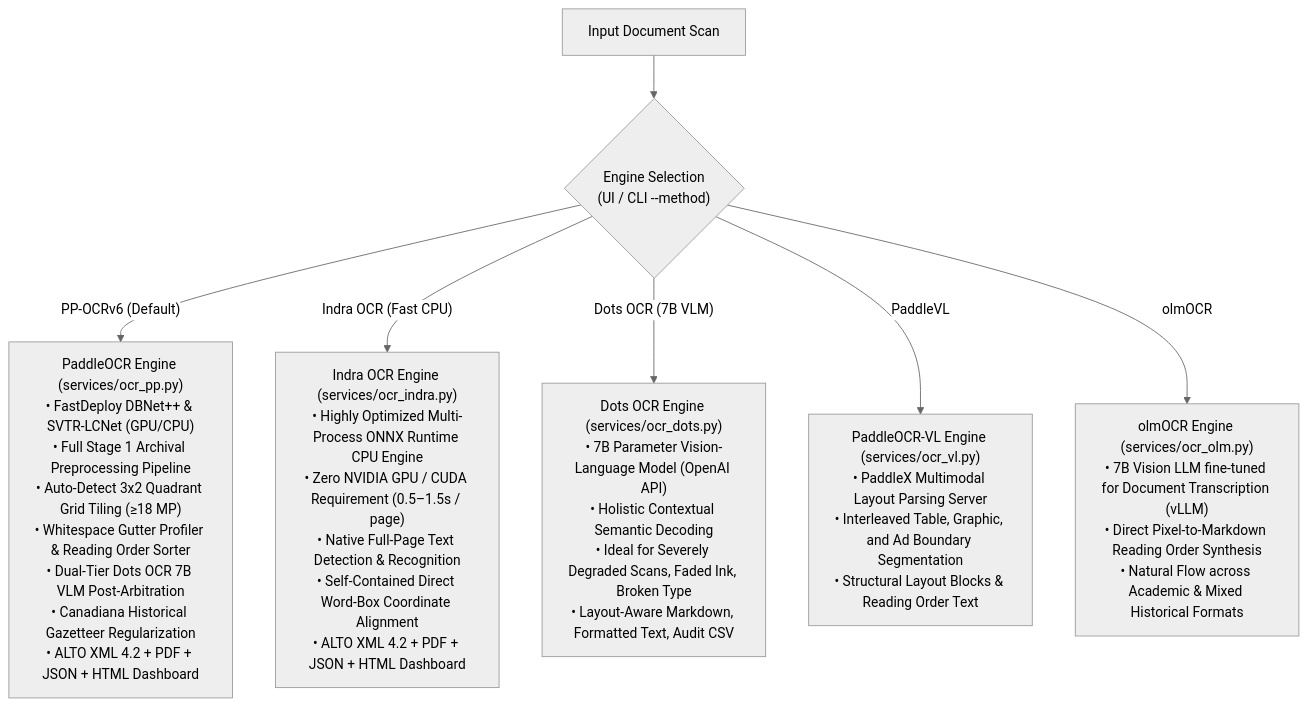
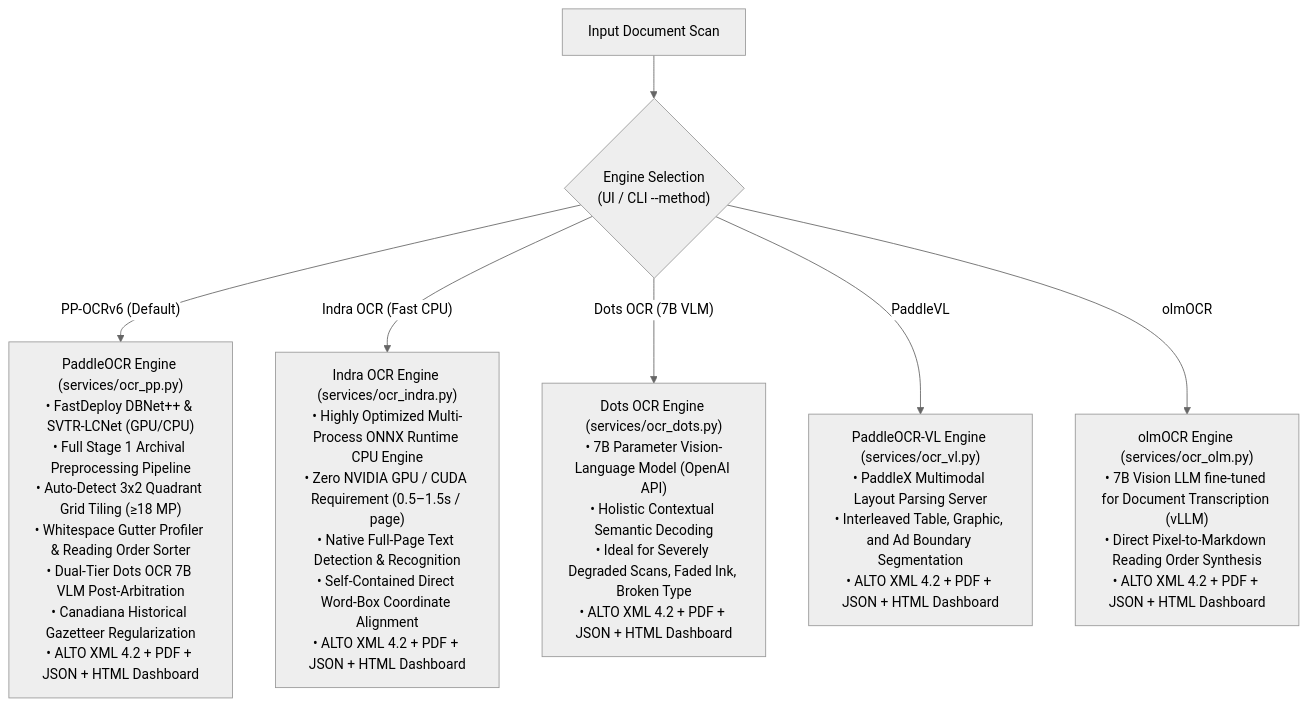
One commit to crkn-rcdr/OCR-Tool changed the third of 4 diagrams in README.md. Above: the diagram before and after it, drawn with Mermaid (neutral theme). The commit also changed other lines of this file and 7 other files, not shown here.

Commit message:
Hook up PDF/ALTO and HTML dashboard for all OCR models and fix doc image rendering

````diff
--- a/README.md
+++ b/README.md
@@ -193,14 +193,14 @@
 ```mermaid
 flowchart TD
     In["Input Document Scan"] --> EngineSwitch{"Engine Selection<br/>(UI / CLI --method)"}
 
     EngineSwitch -->|"PP-OCRv6 (Default)"| PP["PaddleOCR Engine (services/ocr_pp.py)<br/>• FastDeploy DBNet++ & SVTR-LCNet (GPU/CPU)<br/>• Full Stage 1 Archival Preprocessing Pipeline<br/>• Auto-Detect 3x2 Quadrant Grid Tiling (≥18 MP)<br/>• Whitespace Gutter Profiler & Reading Order Sorter<br/>• Dual-Tier Dots OCR 7B VLM Post-Arbitration<br/>• Canadiana Historical Gazetteer Regularization<br/>• ALTO XML 4.2 + PDF + JSON + HTML Dashboard"]
 
     EngineSwitch -->|"Indra OCR (Fast CPU)"| Indra["Indra OCR Engine (services/ocr_indra.py)<br/>• Highly Optimized Multi-Process ONNX Runtime CPU Engine<br/>• Zero NVIDIA GPU / CUDA Requirement (0.5–1.5s / page)<br/>• Native Full-Page Text Detection & Recognition<br/>• Self-Contained Direct Word-Box Coordinate Alignment<br/>• ALTO XML 4.2 + PDF + JSON + HTML Dashboard"]
 
-    EngineSwitch -->|"Dots OCR (7B VLM)"| Dots["Dots OCR Engine (services/ocr_dots.py)<br/>• 7B Parameter Vision-Language Model (OpenAI API)<br/>• Holistic Contextual Semantic Decoding<br/>• Ideal for Severely Degraded Scans, Faded Ink, Broken Type<br/>• Layout-Aware Markdown, Formatted Text, Audit CSV"]
+    EngineSwitch -->|"Dots OCR (7B VLM)"| Dots["Dots OCR Engine (services/ocr_dots.py)<br/>• 7B Parameter Vision-Language Model (OpenAI API)<br/>• Holistic Contextual Semantic Decoding<br/>• Ideal for Severely Degraded Scans, Faded Ink, Broken Type<br/>• ALTO XML 4.2 + PDF + JSON + HTML Dashboard"]
 
-    EngineSwitch -->|"PaddleVL"| VL["PaddleOCR-VL Engine (services/ocr_vl.py)<br/>• PaddleX Multimodal Layout Parsing Server<br/>• Interleaved Table, Graphic, and Ad Boundary Segmentation<br/>• Structural Layout Blocks & Reading Order Text"]
+    EngineSwitch -->|"PaddleVL"| VL["PaddleOCR-VL Engine (services/ocr_vl.py)<br/>• PaddleX Multimodal Layout Parsing Server<br/>• Interleaved Table, Graphic, and Ad Boundary Segmentation<br/>• ALTO XML 4.2 + PDF + JSON + HTML Dashboard"]
 
-    EngineSwitch -->|"olmOCR"| OLM["olmOCR Engine (services/ocr_olm.py)<br/>• 7B Vision LLM fine-tuned for Document Transcription (vLLM)<br/>• Direct Pixel-to-Markdown Reading Order Synthesis<br/>• Natural Flow across Academic & Mixed Historical Formats"]
+    EngineSwitch -->|"olmOCR"| OLM["olmOCR Engine (services/ocr_olm.py)<br/>• 7B Vision LLM fine-tuned for Document Transcription (vLLM)<br/>• Direct Pixel-to-Markdown Reading Order Synthesis<br/>• ALTO XML 4.2 + PDF + JSON + HTML Dashboard"]
 ```
````
